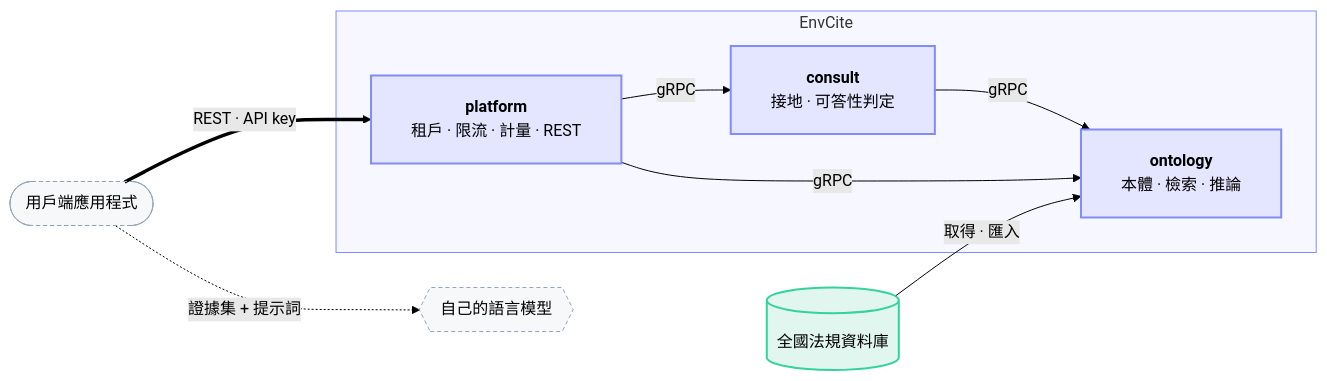
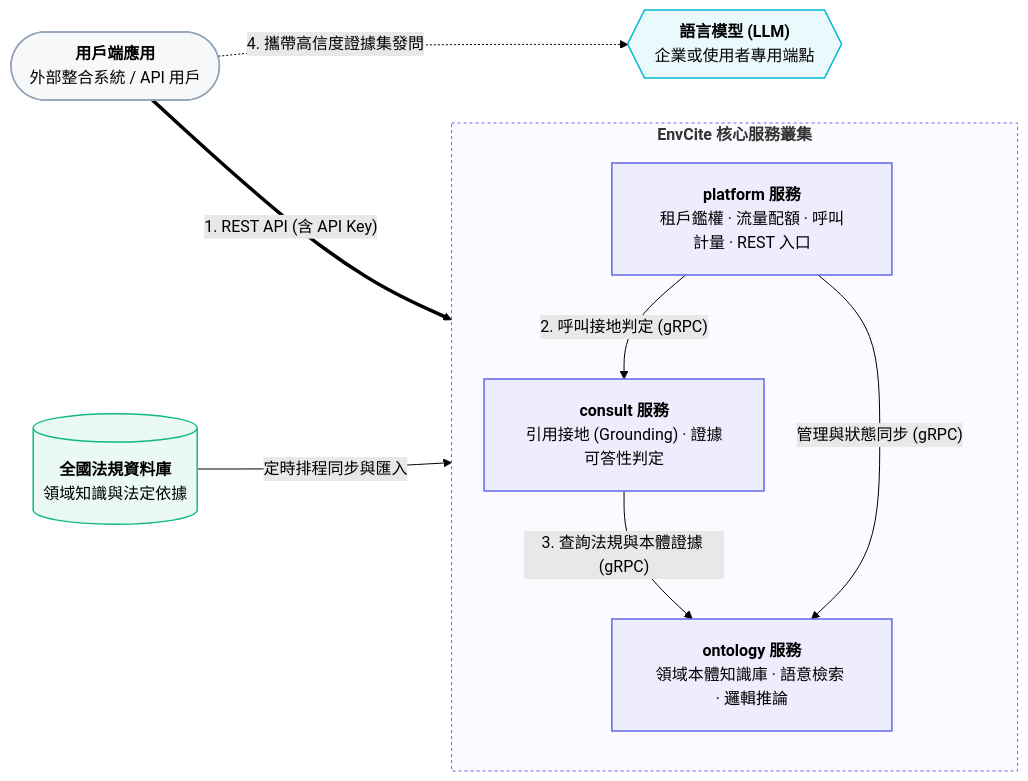
Before and after one commit to elihu0211/envcite: the diagram in README.md, drawn with Mermaid (forest theme). The commit also changed other lines of this file, not shown here.

Commit message:
docs: 統一專案風格規範並升級現代化架構流程圖

````diff
--- a/README.md
+++ b/README.md
@@ -9,28 +11,34 @@
 ```mermaid
-%%{init: {"flowchart": {"curve": "basis", "nodeSpacing": 50, "rankSpacing": 70, "padding": 20}}}%%
+%%{init: {"flowchart": {"curve": "basis", "nodeSpacing": 45, "rankSpacing": 55, "padding": 20}}}%%
 flowchart LR
-    client(["用戶端應用程式"])
-    llm{{"自己的語言模型"}}
-    src[("全國法規資料庫")]
+    client(["<b>用戶端應用</b><br/>外部整合系統 / API 用戶"])
+    llm{{"<b>語言模型 (LLM)</b><br/>企業或使用者專用端點"}}
+    src[("<b>全國法規資料庫</b><br/>領域知識與法定依據")]
 
-    subgraph envcite["EnvCite"]
-        platform["<b>platform</b><br/>租戶 · 限流 · 計量 · REST"]
-        consult["<b>consult</b><br/>接地 · 可答性判定"]
-        ontology["<b>ontology</b><br/>本體 · 檢索 · 推論"]
+    subgraph envcite ["<b>EnvCite 核心服務叢集</b>"]
+        direction TB
+        platform["<b>platform 服務</b><br/>租戶鑑權 · 流量配額 · 呼叫計量 · REST 入口"]
+        consult["<b>consult 服務</b><br/>引用接地 (Grounding) · 證據可答性判定"]
+        ontology["<b>ontology 服務</b><br/>領域本體知識庫 · 語意檢索 · 邏輯推論"]
     end
 
-    client ==>|"REST · API key"| platform
-    platform -->|gRPC| consult
-    consult -->|gRPC| ontology
-    platform -->|gRPC| ontology
-    src -->|"取得 · 匯入"| ontology
-    client -.->|"證據集 + 提示詞"| llm
+    client ==>|"1. REST API (含 API Key)"| platform
+    platform -->|"2. 呼叫接地判定 (gRPC)"| consult
+    consult -->|"3. 查詢法規與本體證據 (gRPC)"| ontology
+    platform -->|"管理與狀態同步 (gRPC)"| ontology
+    src -->|"定時排程同步與匯入"| ontology
 
-    classDef svc fill:#6366f120,stroke:#818cf8,stroke-width:2px
-    classDef ext fill:#94a3b814,stroke:#94a3b8,stroke-dasharray:4 3
-    classDef store fill:#10b98120,stroke:#34d399,stroke-width:2px
-    class platform,consult,ontology svc
-    class client,llm ext
-    class src store
-    style envcite fill:#6366f10d,stroke:#818cf8
+    client -.->|"4. 攜帶高信度證據集發問"| llm
+
+    classDef client fill:#94a3b815,stroke:#94a3b8,stroke-width:1.5px
+    classDef app fill:#6366f115,stroke:#6366f1,stroke-width:1.5px
+    classDef data fill:#10b98115,stroke:#10b981,stroke-width:1.5px
+    classDef ext fill:#06b6d415,stroke:#06b6d4,stroke-width:1.5px
+
+    class client client
+    class platform,consult,ontology app
+    class src data
+    class llm ext
+
+    style envcite fill:#6366f108,stroke:#6366f1,stroke-dasharray: 3 3
 ```
````
